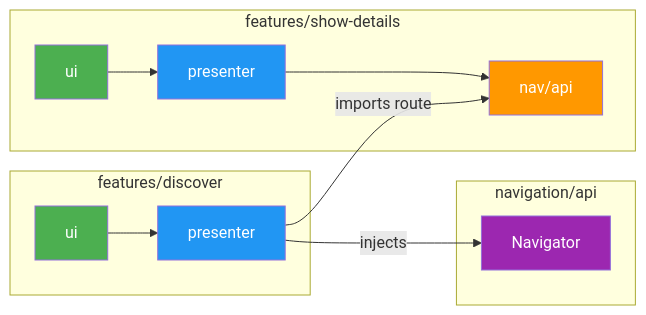
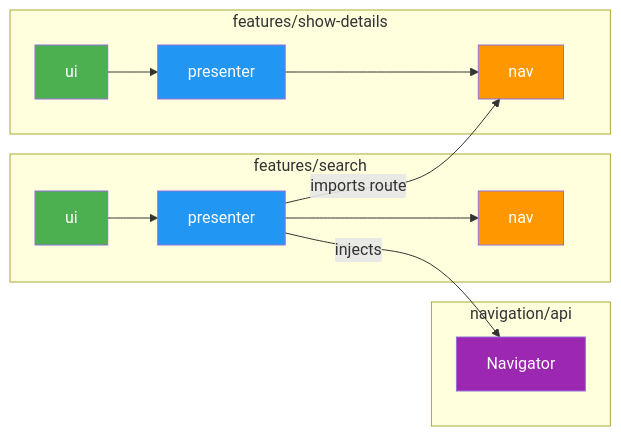
Before and after one commit to thomaskioko/tv-maniac: the second of 2 diagrams in docs/architecture/navigation.md, drawn with Mermaid. The commit also changed other lines of this file and 77 other files, not shown here.

````diff
--- a/docs/architecture/navigation.md
+++ b/docs/architecture/navigation.md
@@ -230,30 +415,33 @@
 ```mermaid
 graph LR
-    subgraph Discover["features/discover"]
-        DU["ui"]
-        DP["presenter"]
+    subgraph Search["features/search"]
+        SU["ui"]
+        SP["presenter"]
+        SN["nav"]
     end
 
     subgraph Nav["navigation/api"]
         NAV["Navigator"]
     end
 
     subgraph ShowDetails["features/show-details"]
-        SDN["nav/api"]
+        SDN["nav"]
         SDP["presenter"]
         SDU["ui"]
     end
 
-    DU --> DP
-    DP -->|injects| NAV
-    DP -->|imports route| SDN
+    SU --> SP
+    SP --> SN
+    SP -->|injects| NAV
+    SP -->|imports route| SDN
     SDP --> SDN
     SDU --> SDP
 
-    style DU fill:#4CAF50,color:#fff
-    style DP fill:#2196F3,color:#fff
+    style SU fill:#4CAF50,color:#fff
+    style SP fill:#2196F3,color:#fff
+    style SN fill:#FF9800,color:#fff
     style NAV fill:#9C27B0,color:#fff
     style SDU fill:#4CAF50,color:#fff
     style SDP fill:#2196F3,color:#fff
     style SDN fill:#FF9800,color:#fff
 ```
````
